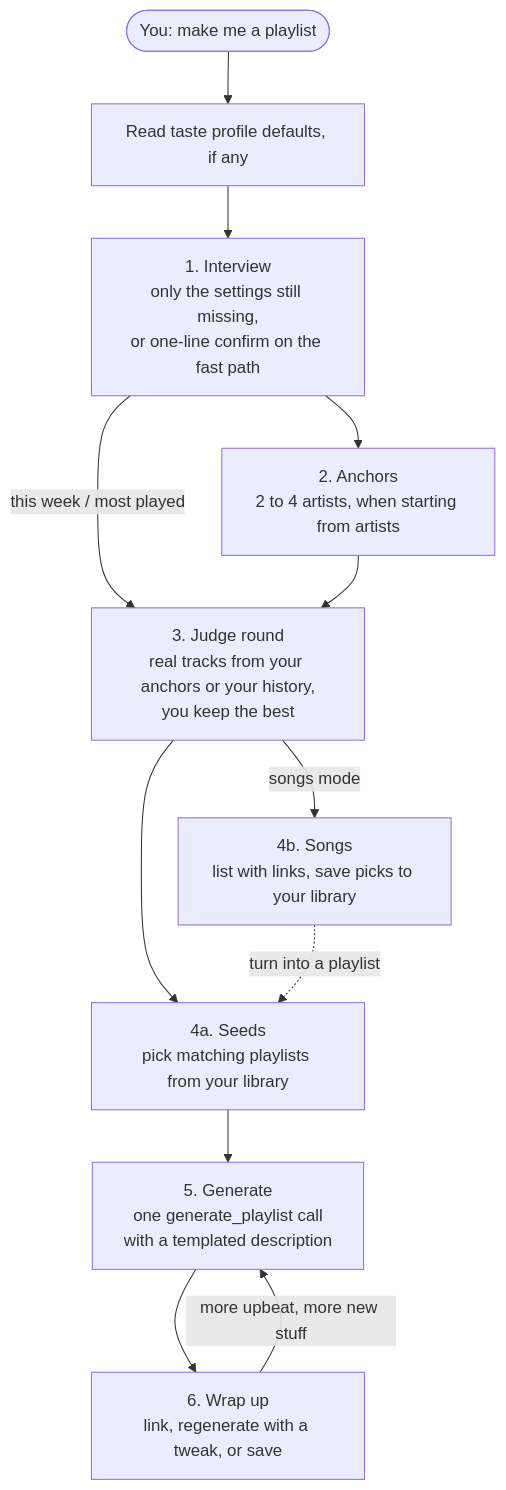
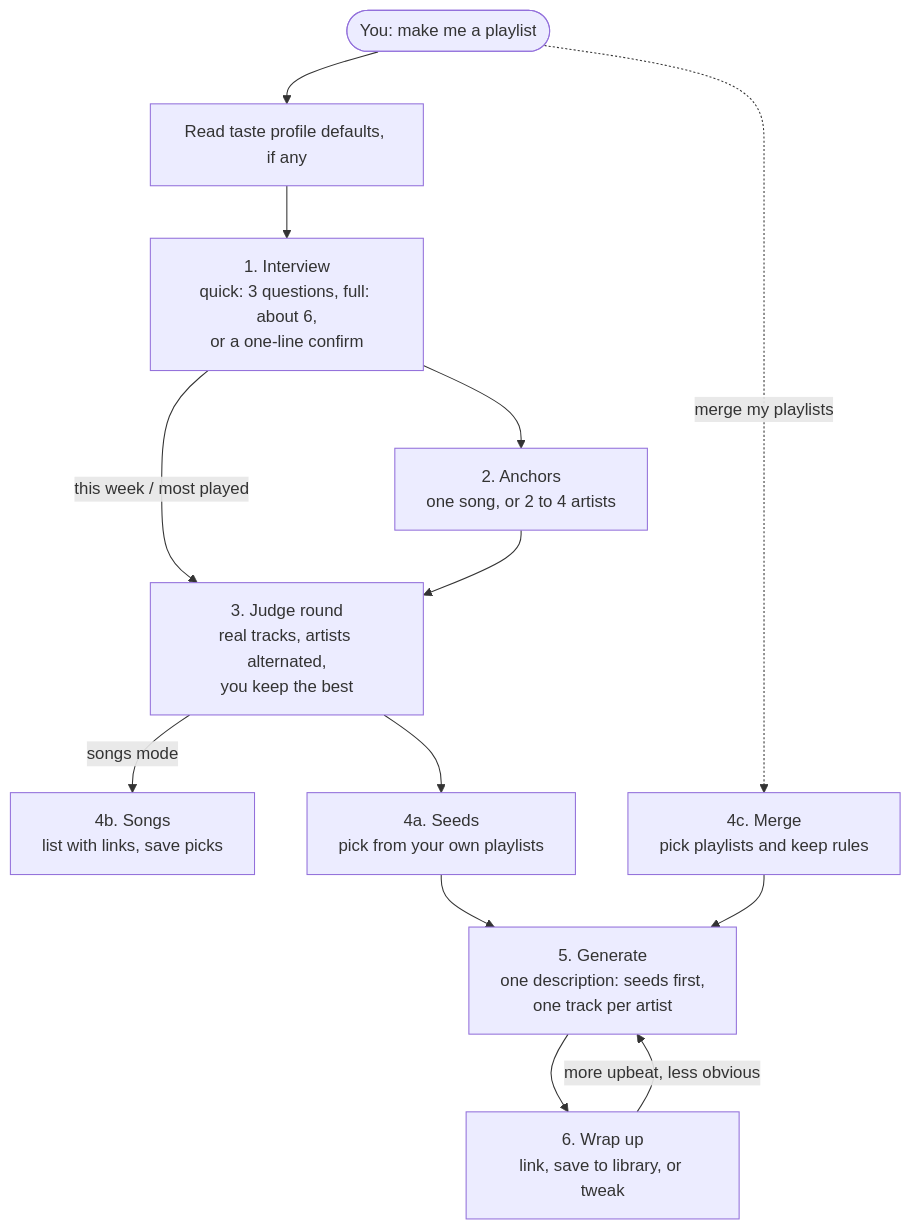
Before and after one commit to Tiebe-Vaes/playlist-builder-for-spotify: the diagram in README.md, drawn with Mermaid. The commit also changed other lines of this file, not shown here.

Commit message:
docs: document one-song start, merge mode and new settings

````diff
--- a/README.md
+++ b/README.md
@@ -18,14 +18,15 @@
 ```mermaid
 flowchart TD
     A([You: make me a playlist]) --> T[Read taste profile defaults, if any]
-    T --> I[1. Interview<br/>only the settings still missing,<br/>or one-line confirm on the fast path]
-    I --> N[2. Anchors<br/>2 to 4 artists, when starting from artists]
+    T --> I[1. Interview<br/>quick: 3 questions, full: about 6,<br/>or a one-line confirm]
+    I --> N[2. Anchors<br/>one song, or 2 to 4 artists]
     I -- this week / most played --> J
-    N --> J[3. Judge round<br/>real tracks from your anchors or your history,<br/>you keep the best]
-    J -- songs mode --> L[4b. Songs<br/>list with links, save picks to your library]
-    J --> S[4a. Seeds<br/>pick matching playlists from your library]
-    L -. turn into a playlist .-> S
-    S --> G[5. Generate<br/>one generate_playlist call<br/>with a templated description]
-    G --> W[6. Wrap up<br/>link, regenerate with a tweak, or save]
-    W -- more upbeat, more new stuff --> G
+    N --> J[3. Judge round<br/>real tracks, artists alternated,<br/>you keep the best]
+    J -- songs mode --> L[4b. Songs<br/>list with links, save picks]
+    J --> S[4a. Seeds<br/>pick from your own playlists]
+    A -. merge my playlists .-> M[4c. Merge<br/>pick playlists and keep rules]
+    S --> G[5. Generate<br/>one description: seeds first,<br/>one track per artist]
+    M --> G
+    G --> W[6. Wrap up<br/>link, save to library, or tweak]
+    W -- more upbeat, less obvious --> G
 ```
````
